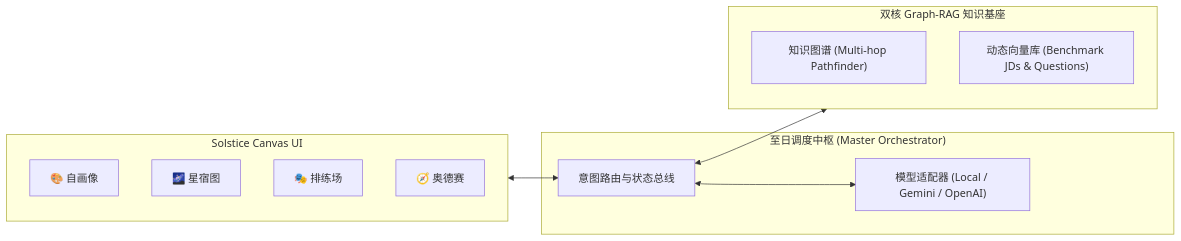
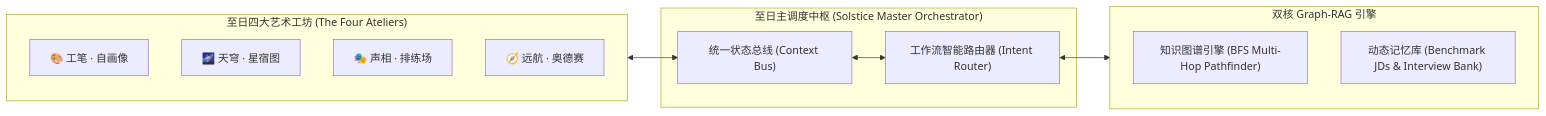
The diagram in README.md (Moon-Meld/Solstice), drawn with Mermaid before and after one commit. The commit also changed other lines of this file and 2 other files, not shown here.

````diff
--- a/README.md
+++ b/README.md
@@ -74,23 +104,23 @@
 ```mermaid
 flowchart LR
-    subgraph Client ["Solstice Canvas UI"]
-        UI_SP["🎨 自画像"]
-        UI_CS["🌌 星宿图"]
-        UI_RH["🎭 排练场"]
-        UI_OD["🧭 奥德赛"]
+    subgraph Ateliers ["至日四大艺术工坊 (The Four Ateliers)"]
+        A1["🎨 工笔 · 自画像"]
+        A2["🌌 天穹 · 星宿图"]
+        A3["🎭 声相 · 排练场"]
+        A4["🧭 远航 · 奥德赛"]
     end
 
-    subgraph Core ["至日调度中枢 (Master Orchestrator)"]
-        Router["意图路由与状态总线"]
-        Adapter["模型适配器 (Local / Gemini / OpenAI)"]
+    subgraph Master ["至日主调度中枢 (Solstice Master Orchestrator)"]
+        Bus["统一状态总线 (Context Bus)"]
+        Router["工作流智能路由器 (Intent Router)"]
     end
 
-    subgraph Engines ["双核 Graph-RAG 知识基座"]
-        KG["知识图谱 (Multi-hop Pathfinder)"]
-        RAG["动态向量库 (Benchmark JDs & Questions)"]
+    subgraph DualEngine ["双核 Graph-RAG 引擎"]
+        KG["知识图谱引擎 (BFS Multi-Hop Pathfinder)"]
+        RAG["动态记忆库 (Benchmark JDs & Interview Bank)"]
     end
 
-    Client <--> Router
-    Router <--> Adapter
-    Router <--> Engines
+    Ateliers <--> Bus
+    Bus <--> Router
+    Router <--> DualEngine
 ```
````
